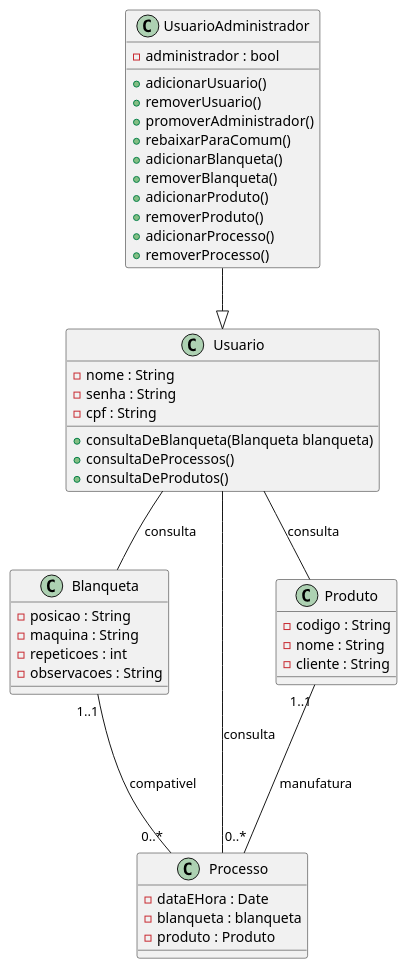
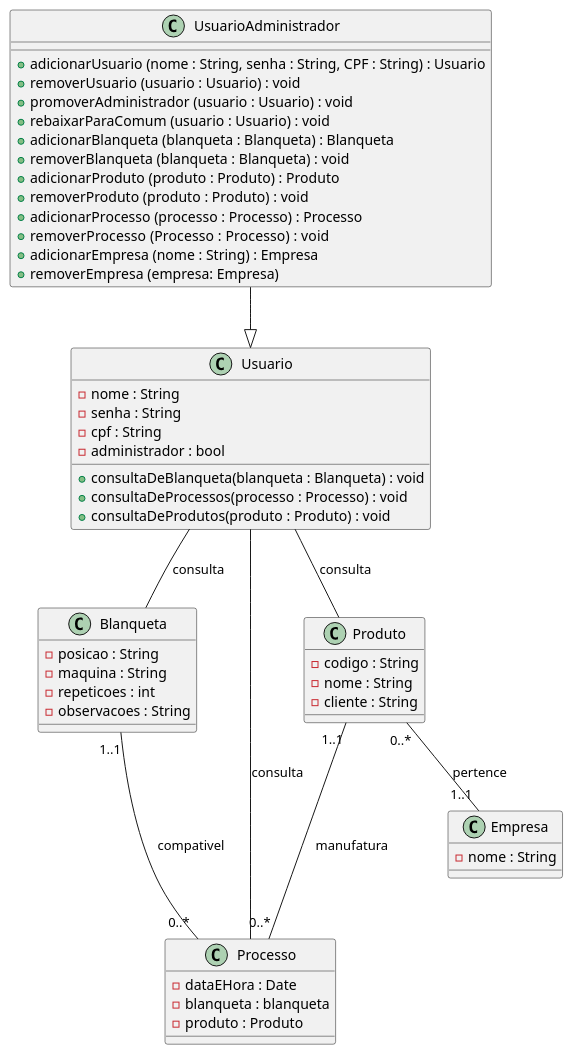
Before and after one commit to SoImRayh/AllController: the diagram in Diagramas/Classes.wsd, drawn with PlantUML. The commit also changed 4 other files, not shown here.

Commit message:
atualização nos diagramas

```diff
--- a/Diagramas/Classes.wsd
+++ b/Diagramas/Classes.wsd
@@ -1,57 +1,65 @@
 @startuml
 class Usuario{
     -nome : String
     -senha : String
     -cpf : String
+    -administrador : bool
 
-    +consultaDeBlanqueta(Blanqueta blanqueta)
-    +consultaDeProcessos()
-    +consultaDeProdutos()
+    +consultaDeBlanqueta(blanqueta : Blanqueta) : void
+    +consultaDeProcessos(processo : Processo) : void
+    +consultaDeProdutos(produto : Produto) : void
 }
 class UsuarioAdministrador{
-    -administrador : bool
     'controle de usuarios
-    +adicionarUsuario()
-    +removerUsuario()
-    +promoverAdministrador()
-    +rebaixarParaComum()
+    +adicionarUsuario (nome : String, senha : String, CPF : String) : Usuario
+    +removerUsuario (usuario : Usuario) : void
+    +promoverAdministrador (usuario : Usuario) : void
+    +rebaixarParaComum (usuario : Usuario) : void
     'controle de Blanquetas
-    +adicionarBlanqueta()
-    +removerBlanqueta()
+    +adicionarBlanqueta (blanqueta : Blanqueta) : Blanqueta
+    +removerBlanqueta (blanqueta : Blanqueta) : void
     'controle de Produtos
-    +adicionarProduto()
-    +removerProduto()
+    +adicionarProduto (produto : Produto) : Produto
+    +removerProduto (produto : Produto) : void
     'controle de Processo
-    +adicionarProcesso()
-    +removerProcesso()
+    +adicionarProcesso (processo : Processo) : Processo
+    +removerProcesso (Processo : Processo)  : void
+    'controle de Empresa
+    +adicionarEmpresa (nome : String) : Empresa
+    +removerEmpresa (empresa: Empresa)
 }
 class Blanqueta{
     -posicao : String
     -maquina : String
     -repeticoes : int
     -observacoes : String
 }
 class Processo{
     -dataEHora : Date
     -blanqueta : blanqueta
     -produto : Produto
     
 }
 class Produto{
     -codigo : String
     -nome : String
     -cliente : String
     
     
 }
+class Empresa{
+    -nome : String
+
+}
 
 
 Blanqueta "1..1" --- "0..*" Processo : compativel
 Produto"1..1" --- "0..*" Processo:manufatura
 
 UsuarioAdministrador --|> Usuario
 
 Usuario -- Processo : consulta
 Usuario --  Blanqueta : consulta
 Usuario -- Produto : consulta
+Produto "0..*"--"1..1" Empresa : pertence
 @enduml
```
